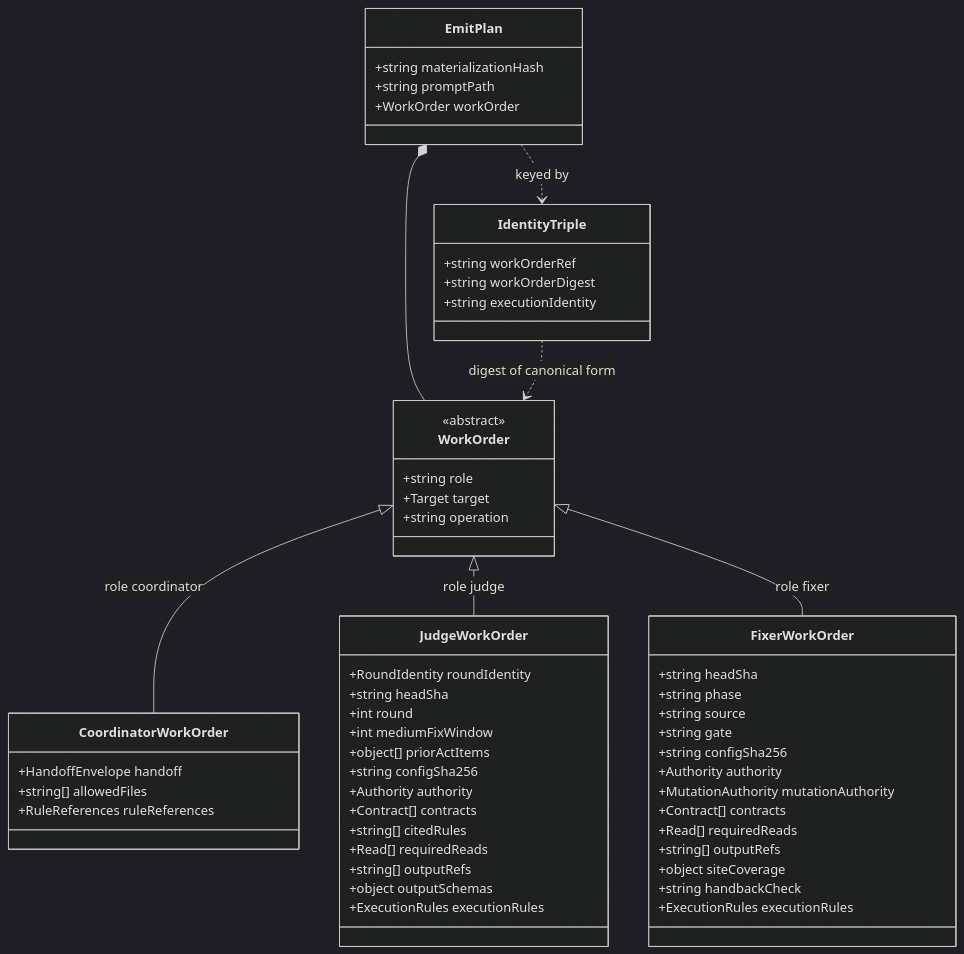
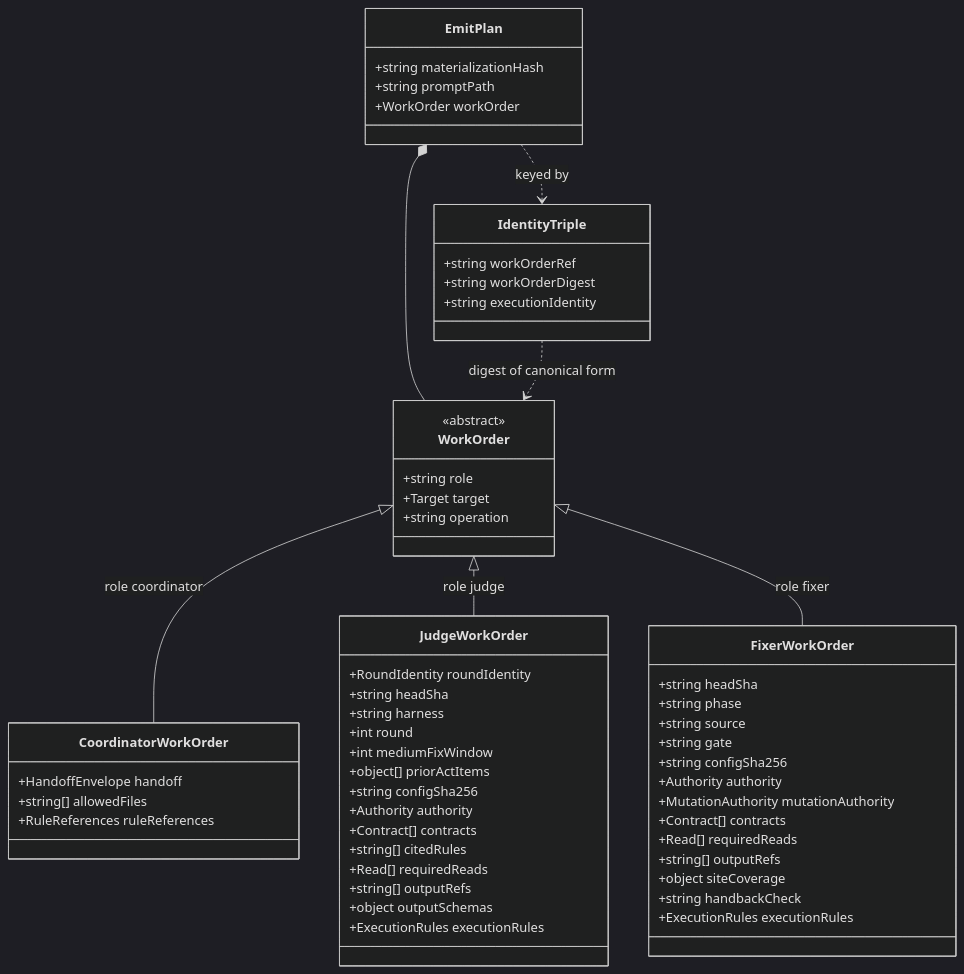
The fifth of 13 diagrams in docs/atlas/02-data-model.md (mfittko/dev-loops), drawn with Mermaid (dark theme) before and after one commit. The commit also changed other lines of this file, not shown here.

````diff
--- a/docs/atlas/02-data-model.md
+++ b/docs/atlas/02-data-model.md
@@ -210,60 +211,61 @@
 ```mermaid
 classDiagram
     class WorkOrder {
         <<abstract>>
         +string role
         +Target target
         +string operation
     }
     class CoordinatorWorkOrder {
         +HandoffEnvelope handoff
         +string[] allowedFiles
         +RuleReferences ruleReferences
     }
     class JudgeWorkOrder {
         +RoundIdentity roundIdentity
         +string headSha
+        +string harness
         +int round
         +int mediumFixWindow
         +object[] priorActItems
         +string configSha256
         +Authority authority
         +Contract[] contracts
         +string[] citedRules
         +Read[] requiredReads
         +string[] outputRefs
         +object outputSchemas
         +ExecutionRules executionRules
     }
     class FixerWorkOrder {
         +string headSha
         +string phase
         +string source
         +string gate
         +string configSha256
         +Authority authority
         +MutationAuthority mutationAuthority
         +Contract[] contracts
         +Read[] requiredReads
         +string[] outputRefs
         +object siteCoverage
         +string handbackCheck
         +ExecutionRules executionRules
     }
     class IdentityTriple {
         +string workOrderRef
         +string workOrderDigest
         +string executionIdentity
     }
     class EmitPlan {
         +string materializationHash
         +string promptPath
         +WorkOrder workOrder
     }
     WorkOrder <|-- CoordinatorWorkOrder : role coordinator
     WorkOrder <|-- JudgeWorkOrder : role judge
     WorkOrder <|-- FixerWorkOrder : role fixer
     EmitPlan *-- WorkOrder
     EmitPlan ..> IdentityTriple : keyed by
     IdentityTriple ..> WorkOrder : digest of canonical form
 ```
````
